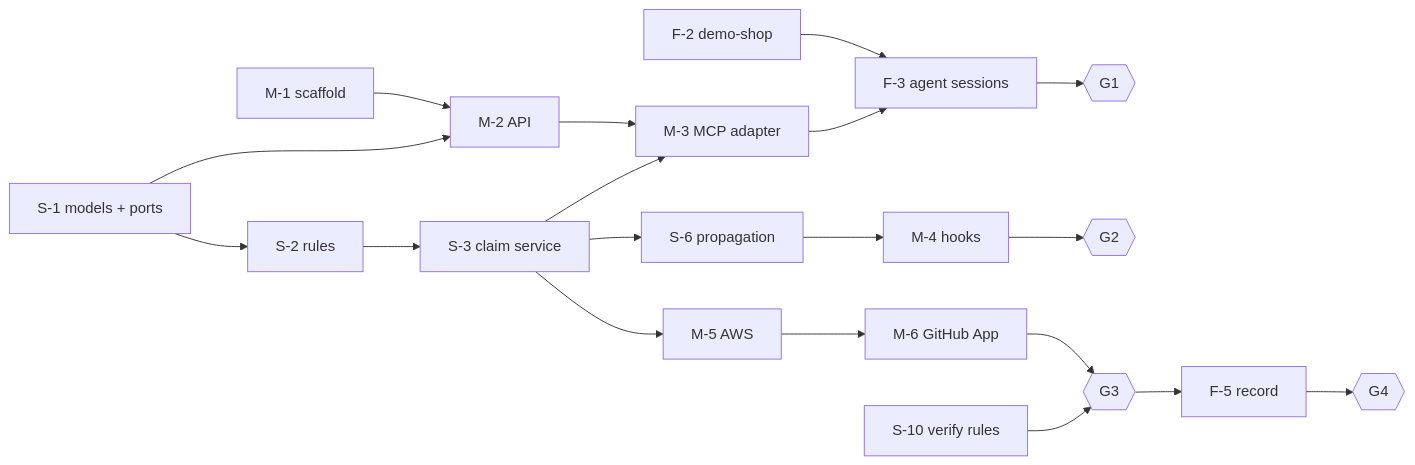
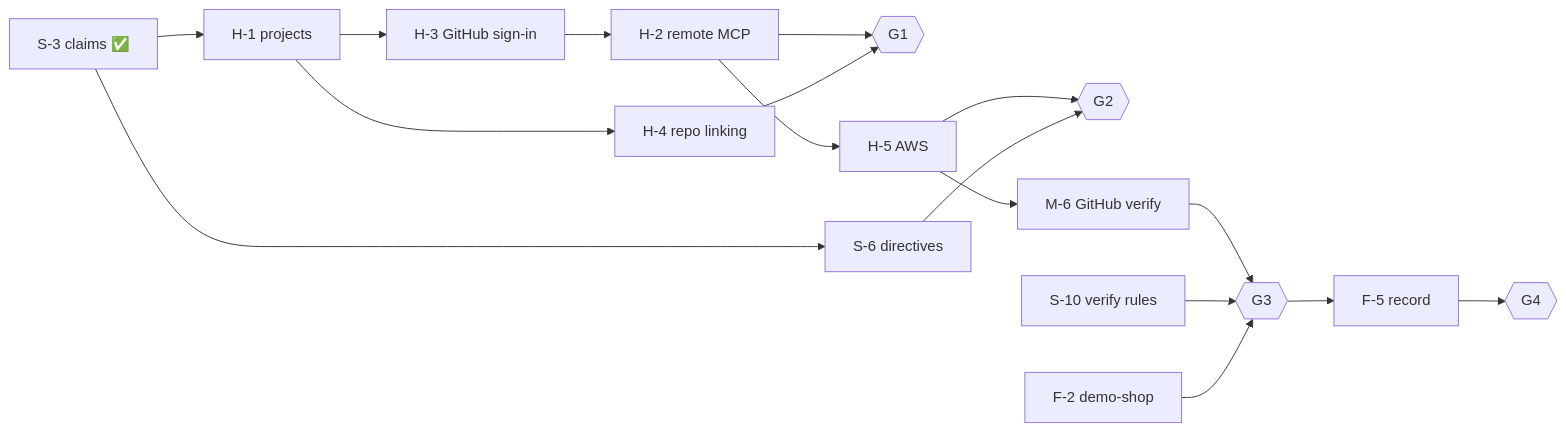
The second of 2 diagrams in docs/development-plan.md (MidFlightt/MidFlight), drawn with Mermaid before and after one commit. The commit also changed other lines of this file and 10 other files, not shown here.

````diff
--- a/docs/development-plan.md
+++ b/docs/development-plan.md
@@ -213,13 +216,11 @@
 ```mermaid
 flowchart LR
-    S1["S-1 models + ports"] --> S2["S-2 rules"] --> S3["S-3 claim service"]
-    M1["M-1 scaffold"] --> M2["M-2 API"]
-    S1 --> M2 --> M3["M-3 MCP adapter"]
-    S3 --> M3
-    F2["F-2 demo-shop"] --> F3["F-3 agent sessions"]
-    M3 --> F3 --> G1{{"G1"}}
-    S3 --> S6["S-6 propagation"] --> M4["M-4 hooks"] --> G2{{"G2"}}
-    S3 --> M5["M-5 AWS"] --> M6["M-6 GitHub App"] --> G3{{"G3"}}
+    S3["S-3 claims ✅"] --> H1["H-1 projects"] --> H3["H-3 GitHub sign-in"] --> H2["H-2 remote MCP"] --> G1{{"G1"}}
+    H1 --> H4["H-4 repo linking"] --> G1
+    H2 --> H5["H-5 AWS"] --> G2{{"G2"}}
+    S3 --> S6["S-6 directives"] --> G2
+    H5 --> M6["M-6 GitHub verify"] --> G3{{"G3"}}
     S10["S-10 verify rules"] --> G3
+    F2["F-2 demo-shop"] --> G3
     G3 --> F5["F-5 record"] --> G4{{"G4"}}
 ```
````
